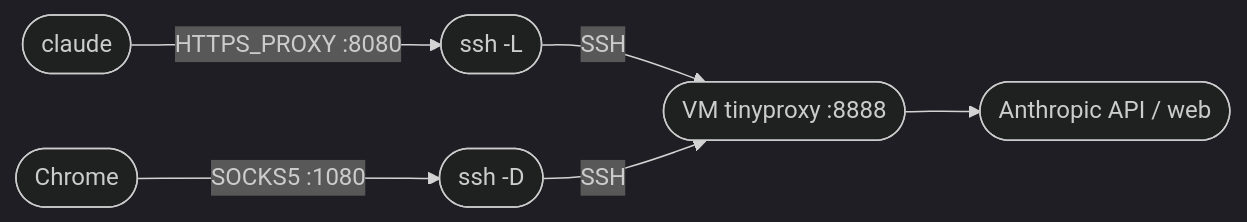
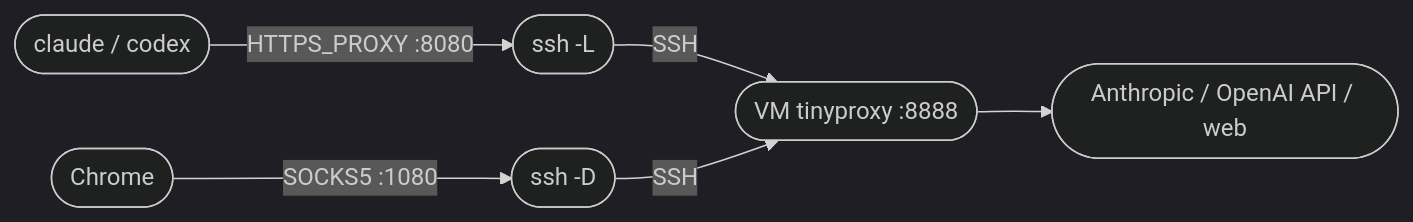
The diagram in README.md (crayonluffy/claude-guide), drawn with Mermaid (dark theme) before and after one commit. The commit also changed other lines of this file and 14 other files, not shown here.

````diff
--- a/README.md
+++ b/README.md
@@ -7,8 +7,8 @@
 ```mermaid
 flowchart LR
-    claude([claude]) -->|HTTPS_PROXY :8080| httpf([ssh -L])
+    claude([claude / codex]) -->|HTTPS_PROXY :8080| httpf([ssh -L])
     chrome([Chrome]) -->|SOCKS5 :1080| socksf([ssh -D])
     httpf -->|SSH| vm([VM tinyproxy :8888])
     socksf -->|SSH| vm
-    vm --> api([Anthropic API / web])
+    vm --> api([Anthropic / OpenAI API / web])
 ```
````
